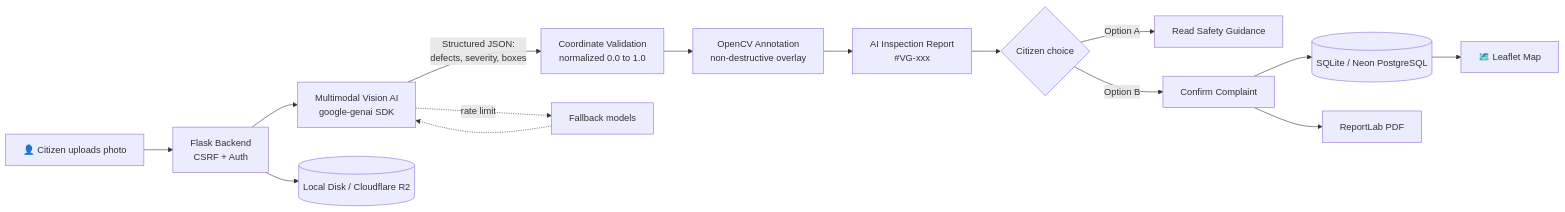
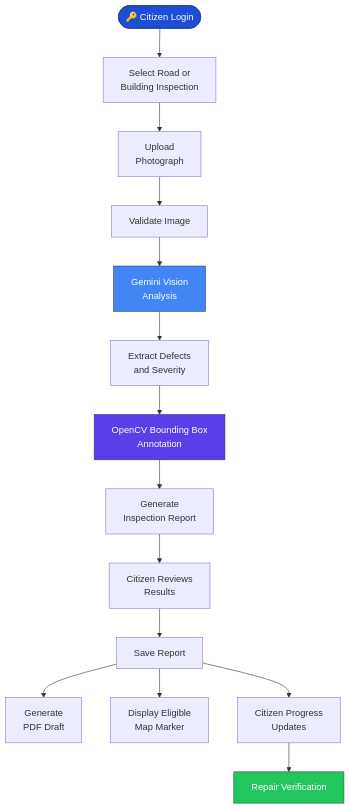
One commit to Sandesh-Narkar/Sandesh-Narkar changed the fourth of 6 diagrams in README.md. Above: the diagram before and after it, drawn with Mermaid. The commit also changed other lines of this file, not shown here.

````diff
--- a/README.md
+++ b/README.md
@@ -223,17 +465,23 @@
 ```mermaid
-flowchart LR
-    A[👤 Citizen uploads photo] --> B[Flask Backend<br/>CSRF + Auth]
-    B --> C[Multimodal Vision AI<br/>google-genai SDK]
-    C -->|Structured JSON:<br/>defects, severity, boxes| D[Coordinate Validation<br/>normalized 0.0 to 1.0]
-    D --> E[OpenCV Annotation<br/>non-destructive overlay]
-    E --> F[AI Inspection Report<br/>#VG-xxx]
-    F --> G{Citizen choice}
-    G -->|Option A| H[Read Safety Guidance]
-    G -->|Option B| I[Confirm Complaint]
-    I --> J[(SQLite / Neon PostgreSQL)]
-    I --> K[ReportLab PDF]
-    J --> L[🗺️ Leaflet Map]
-    B --> M[(Local Disk / Cloudflare R2)]
-    C -.rate limit.-> N[Fallback models]
-    N -.-> C
+flowchart TD
+    A([🔑 Citizen Login]) --> B[Select Road or<br/>Building Inspection]
+    B --> C[Upload<br/>Photograph]
+    C --> D[Validate Image]
+    D --> E[Gemini Vision<br/>Analysis]
+    E --> F[Extract Defects<br/>and Severity]
+    F --> G[OpenCV Bounding Box<br/>Annotation]
+    G --> H[Generate<br/>Inspection Report]
+    H --> I[Citizen Reviews<br/>Results]
+    I --> J[Save Report]
+
+    J --> K[Generate<br/>PDF Draft]
+    J --> L[Display Eligible<br/>Map Marker]
+    J --> M[Citizen Progress<br/>Updates]
+
+    M --> N[Repair Verification]
+
+    style A fill:#1D4ED8,color:#fff,stroke:#1E3A8A
+    style E fill:#4285F4,color:#fff,stroke:#1E3A8A
+    style G fill:#5C3EE8,color:#fff,stroke:#312E81
+    style N fill:#22C55E,color:#fff,stroke:#166534
 ```
````
